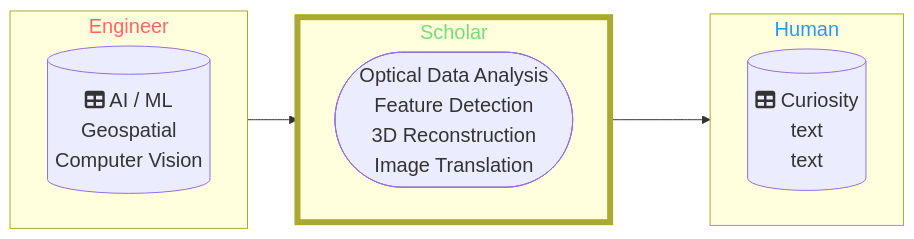
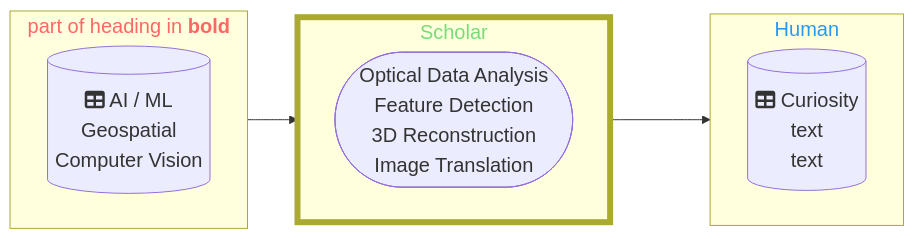
One commit to DippoldEJ/DippoldEJ changed the first of 2 diagrams in README.md. Above: the diagram before and after it, drawn with Mermaid.

````diff
--- a/README.md
+++ b/README.md
@@ -3,33 +3,33 @@
 ```mermaid
 flowchart LR;
 %%{init: {
 	'themeVariables': { 'fontSize': '20px', 'fontFamily': 'Didot'}
 	}
 }%%
 
-subgraph n[Engineer]
+subgraph n["`part of heading in **bold**`"]
 direction LR;
         b[(fa:fa-table AI / ML <br> Geospatial <br> Computer Vision)]
     end
 
 subgraph o[Scholar]
 direction LR;
         j([Optical Data Analysis <br> Feature Detection <br> 3D Reconstruction <br> Image Translation])
 
     end
 
  subgraph p[Human]
   direction LR;
     a[(fa:fa-table Curiosity <br> text <br> text)]
     end
 
 style n color:#f66
 style o stroke-width:6px
 style o color:#77DD77
 style p color:#2798F5
 
 
 n-->o
 o-->p
 
 ```
````
